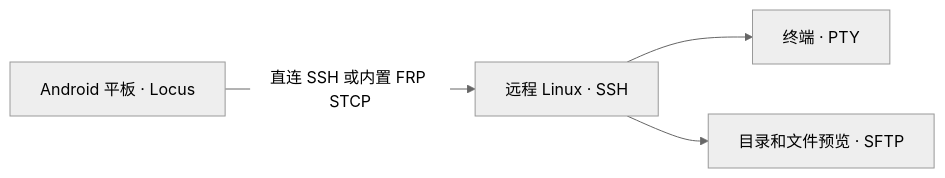
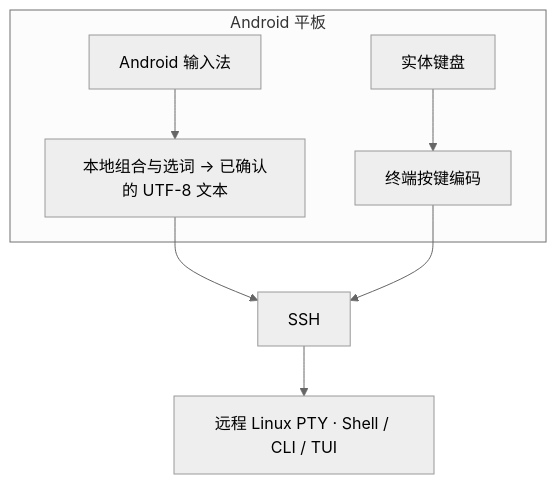
The diagram in README_zh.md (Dqz00116/Locus), drawn with Mermaid (neutral theme) before and after one commit. The commit also changed other lines of this file and 3 other files, not shown here.

````diff
--- a/README_zh.md
+++ b/README_zh.md
@@ -22,6 +67,10 @@
 ```mermaid
-flowchart LR
-    A["Android 平板 · Locus"] -->|"直连 SSH 或内置 FRP STCP"| B["远程 Linux · SSH"]
-    B --> C["终端 · PTY"]
-    B --> D["目录和文件预览 · SFTP"]
+flowchart TD
+  subgraph Tablet["Android 平板"]
+    IME["Android 输入法"] --> Text["本地组合与选词 → 已确认的 UTF-8 文本"]
+    Keyboard["实体键盘"] --> Keys["终端按键编码"]
+  end
+  Text --> SSH["SSH"]
+  Keys --> SSH
+  SSH --> PTY["远程 Linux PTY · Shell / CLI / TUI"]
 ```
````
